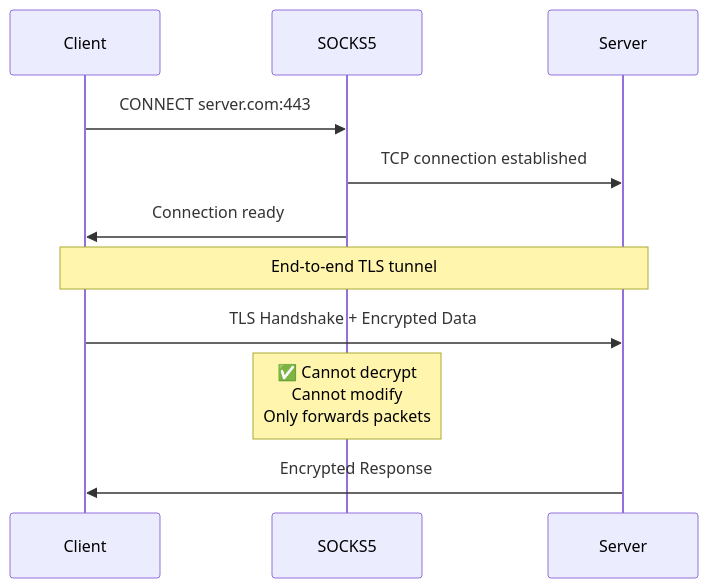
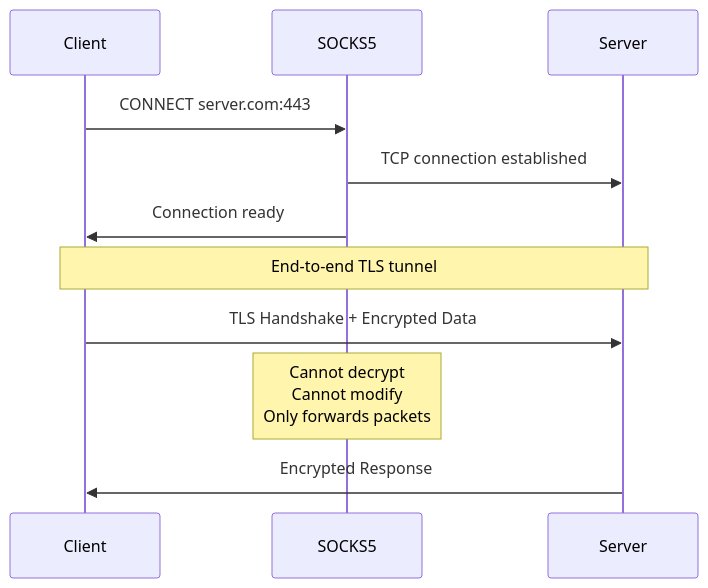
The eighth of 8 diagrams in docs/en/deep-dive/network/socks-proxies.md (yie1d/pydoll), drawn with Mermaid before and after one commit. The commit also changed other lines of this file and 159 other files, not shown here.

````diff
--- a/docs/en/deep-dive/network/socks-proxies.md
+++ b/docs/en/deep-dive/network/socks-proxies.md
@@ -426,15 +424,15 @@
 ```mermaid
 sequenceDiagram
     participant Client
     participant SOCKS5
     participant Server
     
     Client->>SOCKS5: CONNECT server.com:443
     SOCKS5->>Server: TCP connection established
     SOCKS5->>Client: Connection ready
     
     Note over Client,Server: End-to-end TLS tunnel
     Client->>Server: TLS Handshake + Encrypted Data
-    Note over SOCKS5: ✅ Cannot decrypt<br/>Cannot modify<br/>Only forwards packets
+    Note over SOCKS5: Cannot decrypt<br/>Cannot modify<br/>Only forwards packets
     Server->>Client: Encrypted Response
 ```
````
